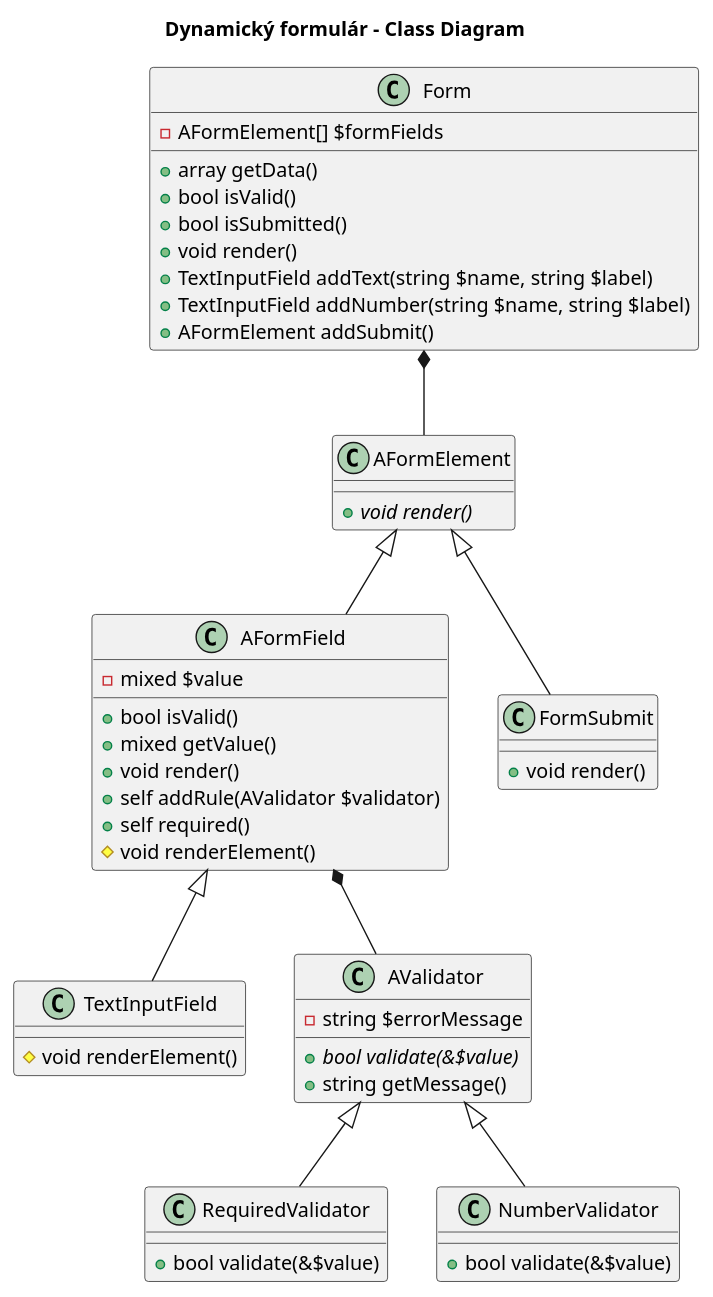
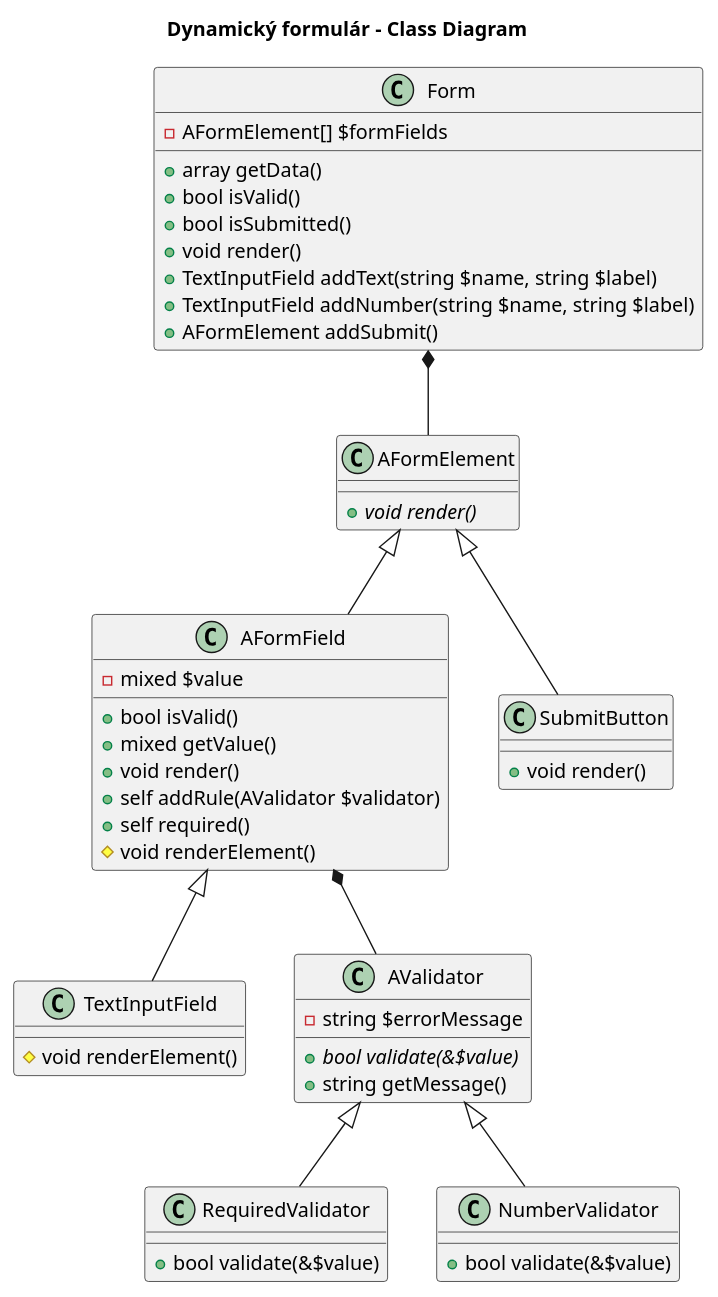
The diagram in php/php-form/diagram.puml (thevajko/zbierka-uloh), drawn with PlantUML before and after one commit. The commit also changed 7 other files, not shown here.

```diff
--- a/php/php-form/diagram.puml
+++ b/php/php-form/diagram.puml
@@ -1,63 +1,63 @@
 @startuml
 title Dynamický formulár - Class Diagram
 
 class Form {
   -AFormElement[] $formFields
   +array getData()
   +bool isValid()
   +bool isSubmitted()
   +void render()
   +TextInputField addText(string $name, string $label)
   +TextInputField addNumber(string $name, string $label)
   +AFormElement addSubmit()
 }
 
 class AFormElement {
   +{abstract} void render()
 }
 
 class AFormField {
   -mixed $value
   +bool isValid()
   +mixed getValue()
   +void render()
   +self addRule(AValidator $validator)
   +self required()
   #void renderElement()
 }
 
 
 class TextInputField {
   #void renderElement()
 }
 
-class FormSubmit {
+class SubmitButton {
   +void render()
 }
 
 class AValidator {
   -string $errorMessage
   +{abstract} bool validate(&$value)
   +string getMessage()
 }
 
 class RequiredValidator {
   +bool validate(&$value)
 }
 
 class NumberValidator {
   +bool validate(&$value)
 }
 
 
 AValidator <|-- RequiredValidator
 AValidator <|-- NumberValidator
 
 AFormElement <|-- AFormField
-AFormElement <|-- FormSubmit
+AFormElement <|-- SubmitButton
 AFormField <|-- TextInputField
 
 Form *-- AFormElement
 AFormField *-- AValidator
 
 @enduml
```
